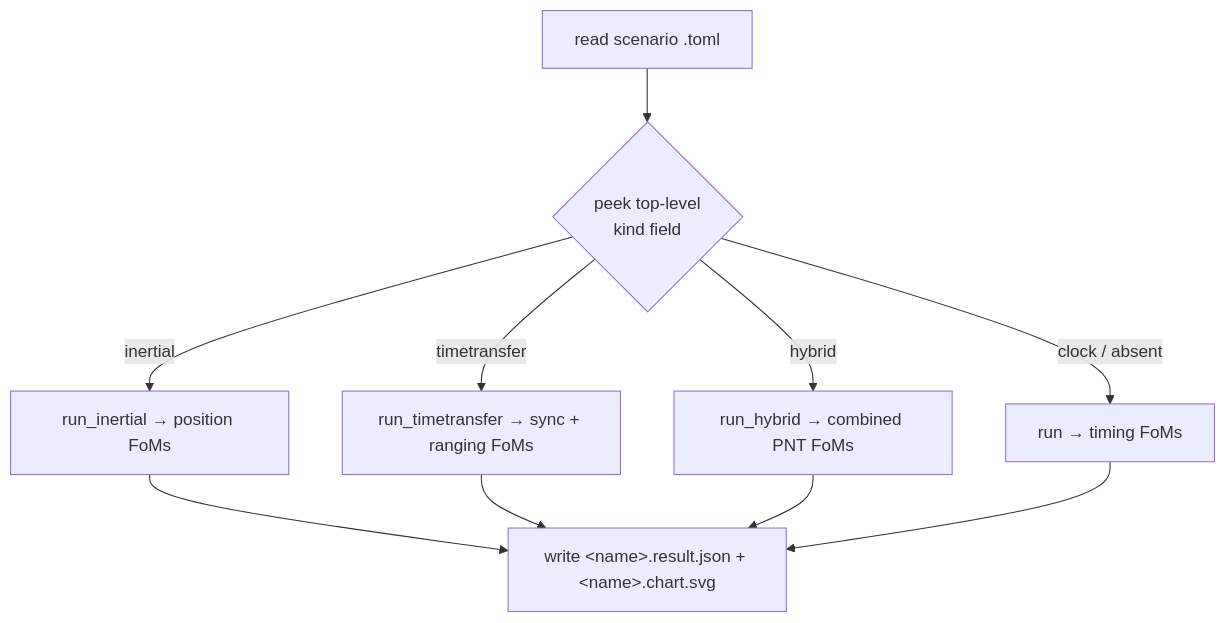
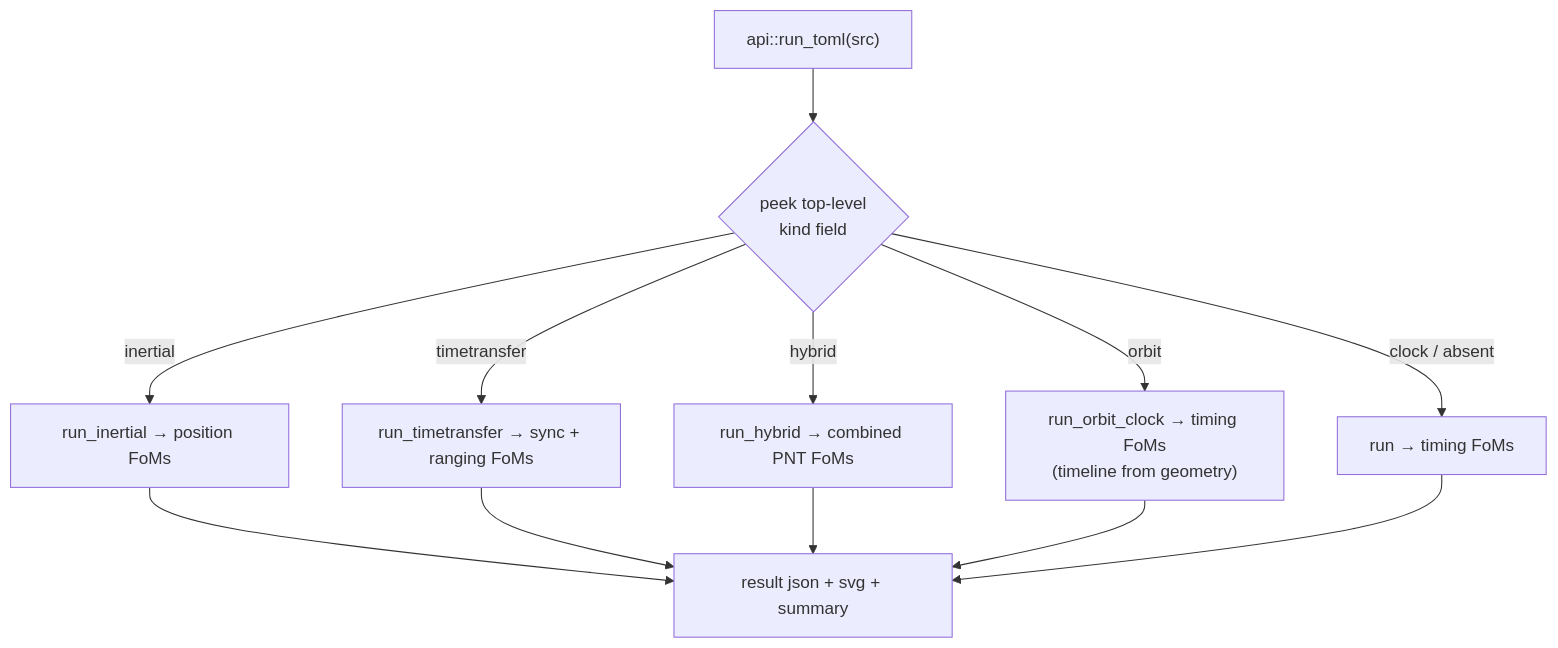
Before and after one commit to ashfordeOU/kshana: the fourth of 6 diagrams in docs/ARCHITECTURE.md, drawn with Mermaid. The commit also changed other lines of this file and 2 other files, not shown here.

First line of the commit message:
Bring README and architecture docs current with the engine

````diff
--- a/docs/ARCHITECTURE.md
+++ b/docs/ARCHITECTURE.md
@@ -126,12 +150,14 @@
 ```mermaid
 flowchart TD
-    F["read scenario .toml"] --> K{"peek top-level<br/>kind field"}
+    F["api::run_toml(src)"] --> K{"peek top-level<br/>kind field"}
     K -- "inertial" --> RI["run_inertial → position FoMs"]
     K -- "timetransfer" --> RT["run_timetransfer → sync + ranging FoMs"]
     K -- "hybrid" --> RH["run_hybrid → combined PNT FoMs"]
+    K -- "orbit" --> RO["run_orbit_clock → timing FoMs<br/>(timeline from geometry)"]
     K -- "clock / absent" --> RC["run → timing FoMs"]
-    RI --> W["write &lt;name&gt;.result.json + &lt;name&gt;.chart.svg"]
+    RI --> W["result json + svg + summary"]
     RT --> W
     RH --> W
+    RO --> W
     RC --> W
 ```
````
